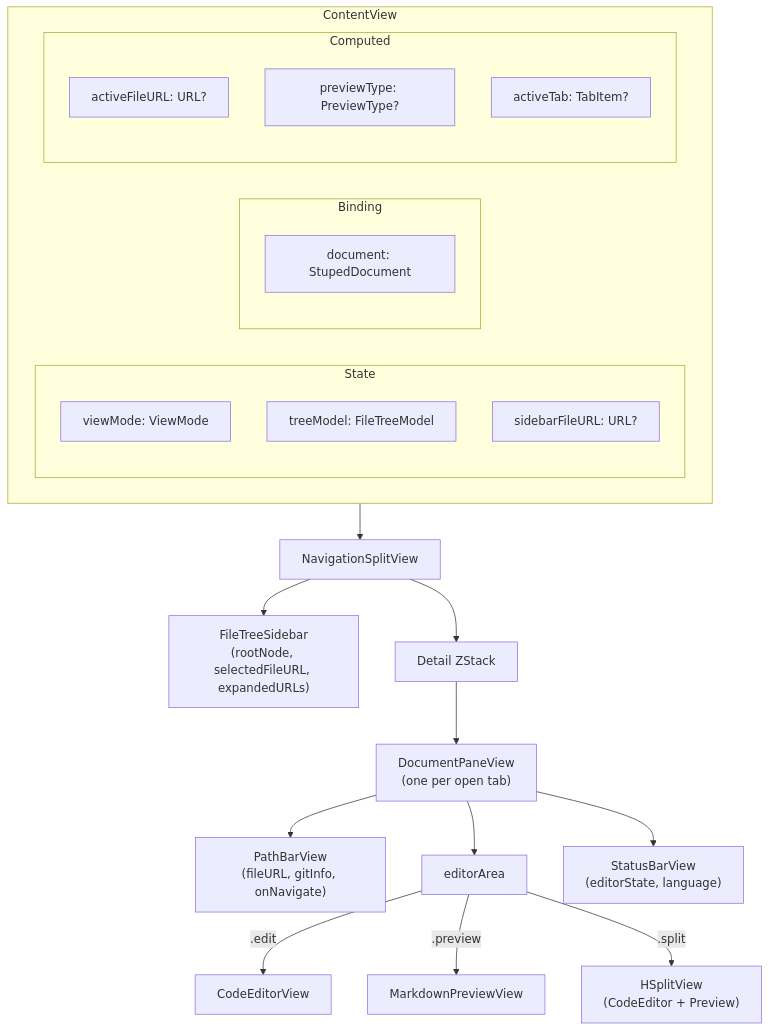
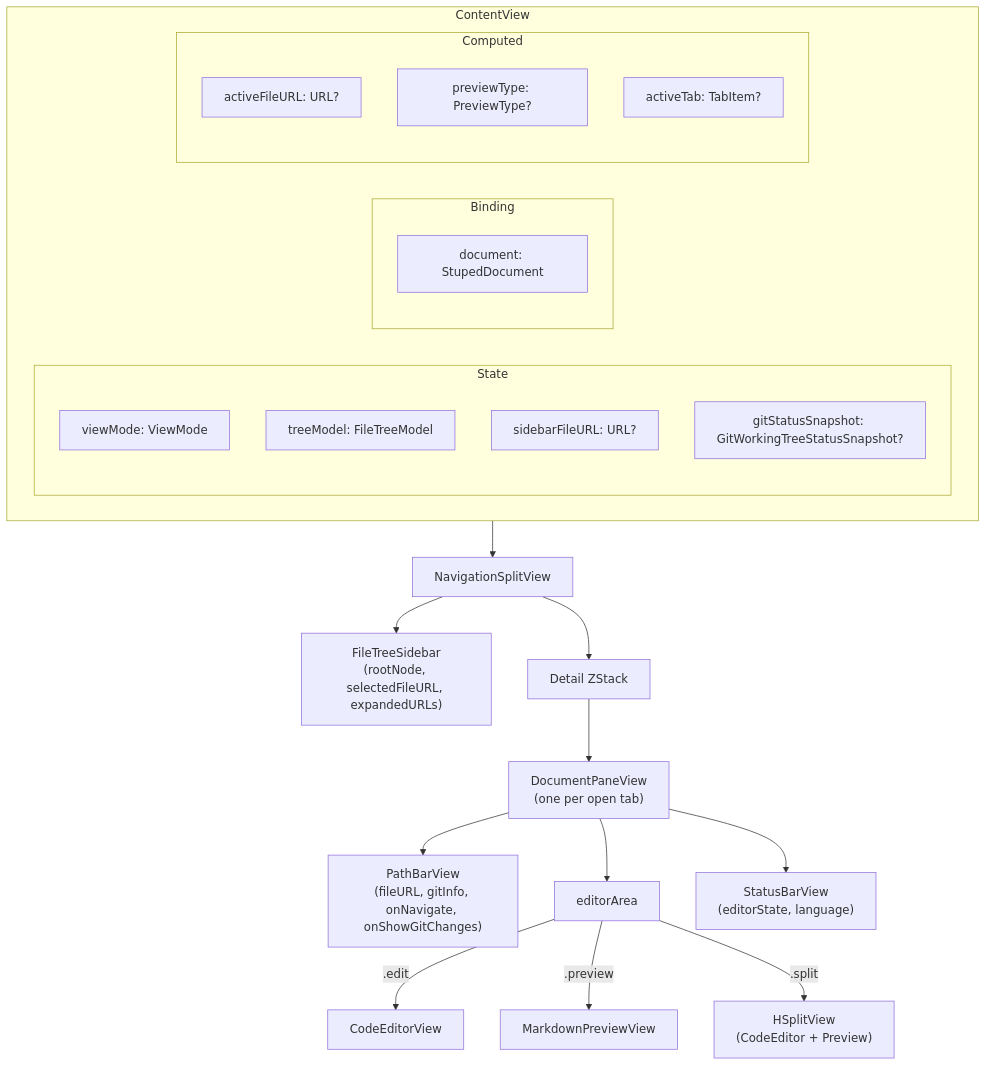
One commit to bjblazko/stuped changed the third of 7 diagrams in doc/arc42.md. Above: the diagram before and after it, drawn with Mermaid. The commit also changed other lines of this file and 17 other files, not shown here.

First line of the commit message:
Add git working tree change discovery

````diff
--- a/doc/arc42.md
+++ b/doc/arc42.md
@@ -110,30 +111,31 @@
 ```mermaid
 graph TD
     subgraph ContentView
         subgraph State
             viewMode["viewMode: ViewMode"]
             treeModel["treeModel: FileTreeModel"]
             sidebarFileURL["sidebarFileURL: URL?"]
+            gitStatus["gitStatusSnapshot: GitWorkingTreeStatusSnapshot?"]
         end
         subgraph Binding
             document["document: StupedDocument"]
         end
         subgraph Computed
             activeFileURL["activeFileURL: URL?"]
             previewType["previewType: PreviewType?"]
             activeTab["activeTab: TabItem?"]
         end
     end
 
     ContentView --> NSV["NavigationSplitView"]
     NSV --> Sidebar["FileTreeSidebar\n(rootNode, selectedFileURL, expandedURLs)"]
     NSV --> Detail["Detail ZStack"]
     Detail --> Pane["DocumentPaneView\n(one per open tab)"]
-    Pane --> PBV["PathBarView\n(fileURL, gitInfo, onNavigate)"]
+    Pane --> PBV["PathBarView\n(fileURL, gitInfo, onNavigate, onShowGitChanges)"]
     Pane --> EditorArea["editorArea"]
     Pane --> SBV["StatusBarView\n(editorState, language)"]
 
     EditorArea -->|".edit"| CEV["CodeEditorView"]
     EditorArea -->|".preview"| MPV["MarkdownPreviewView"]
     EditorArea -->|".split"| Split["HSplitView\n(CodeEditor + Preview)"]
 ```
````
